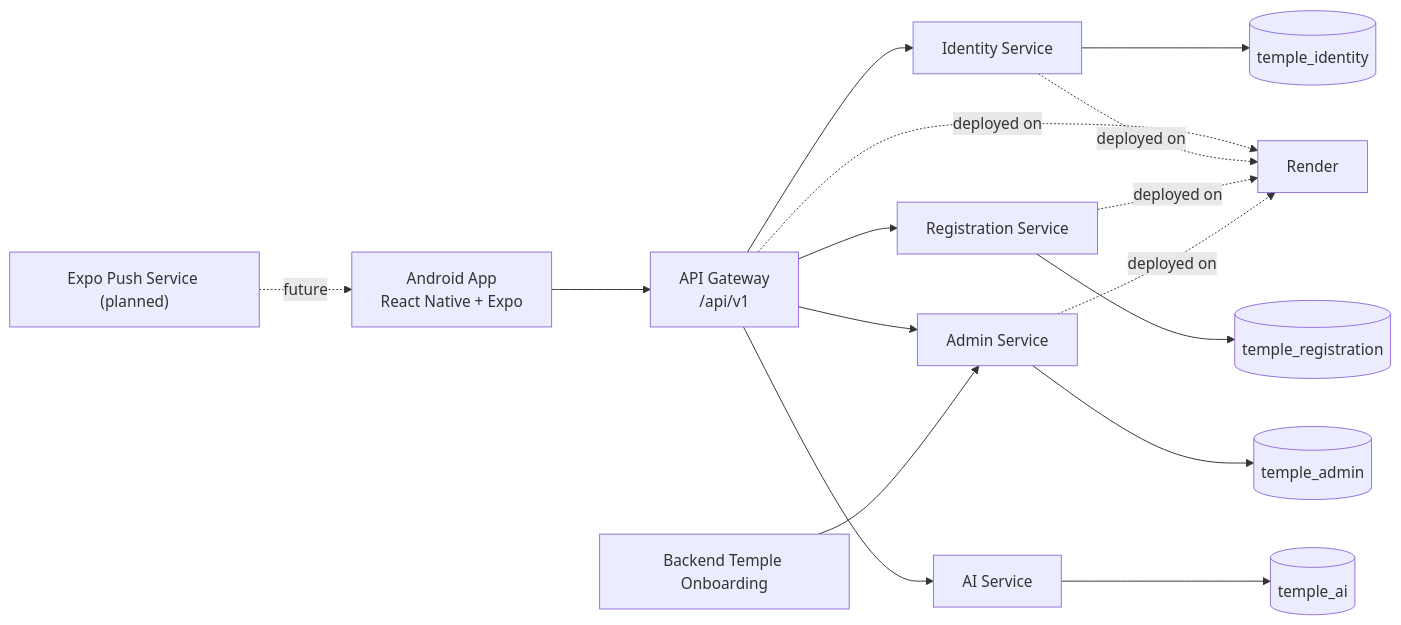
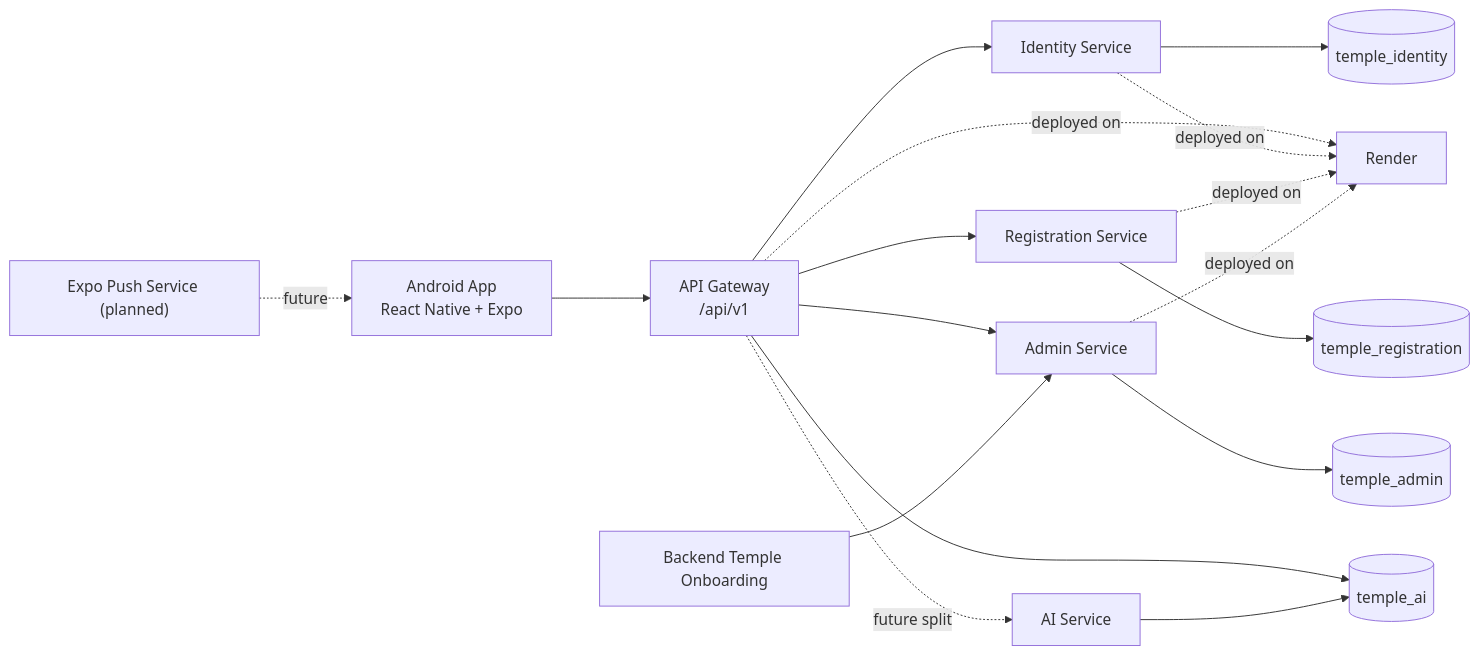
Before and after one commit to apoorv2009/temple-infra: the first of 5 diagrams in docs/temple-app-phase1-fresh-architecture.md, drawn with Mermaid. The commit also changed other lines of this file and 1 other file, not shown here.

````diff
--- a/docs/temple-app-phase1-fresh-architecture.md
+++ b/docs/temple-app-phase1-fresh-architecture.md
@@ -185,23 +190,24 @@
 ```mermaid
 flowchart LR
     FE["Android App
 React Native + Expo"] --> GW["API Gateway
 /api/v1"]
 
     GW --> ID["Identity Service"]
     GW --> REG["Registration Service"]
     GW --> ADM["Admin Service"]
-    GW --> AI["AI Service"]
+    GW -. future split .-> AI["AI Service"]
 
     ID --> IDDB[("temple_identity")]
     REG --> REGDB[("temple_registration")]
     ADM --> ADMDB[("temple_admin")]
-    AI --> AIDB[("temple_ai")]
+    GW --> AIDB[("temple_ai")]
+    AI --> AIDB
 
     BACKOFFICE["Backend Temple Onboarding"] --> ADM
     PUSH["Expo Push Service (planned)"] -. future .-> FE
     GW -. deployed on .-> RENDER["Render"]
     ID -. deployed on .-> RENDER
     REG -. deployed on .-> RENDER
     ADM -. deployed on .-> RENDER
 ```
````
